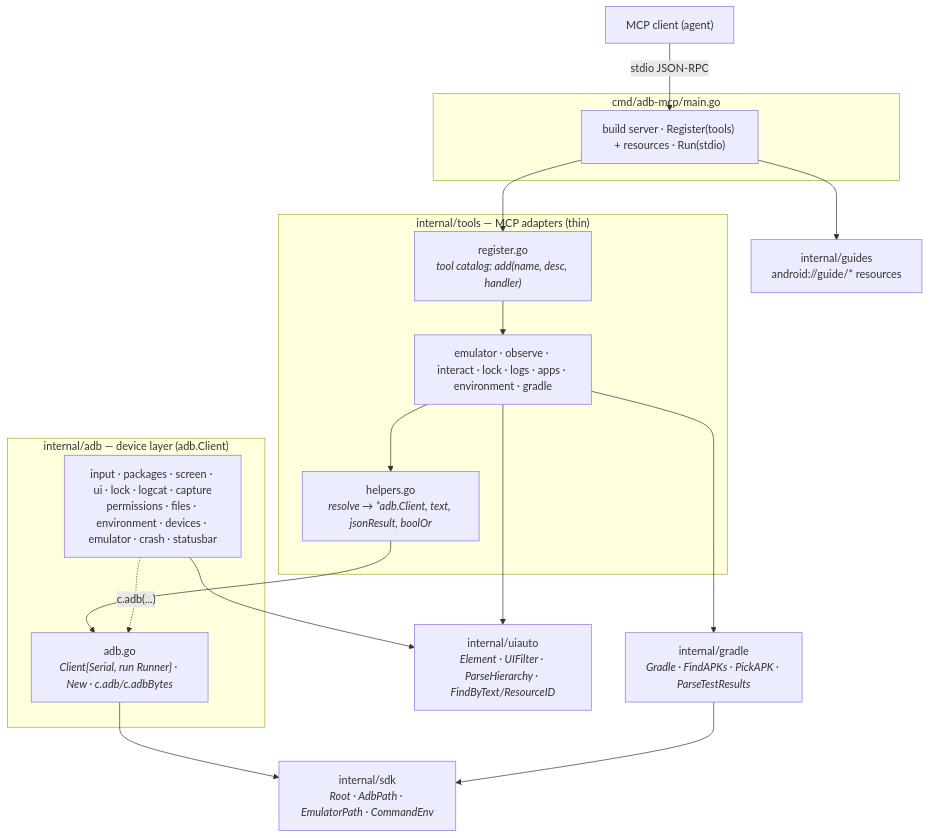
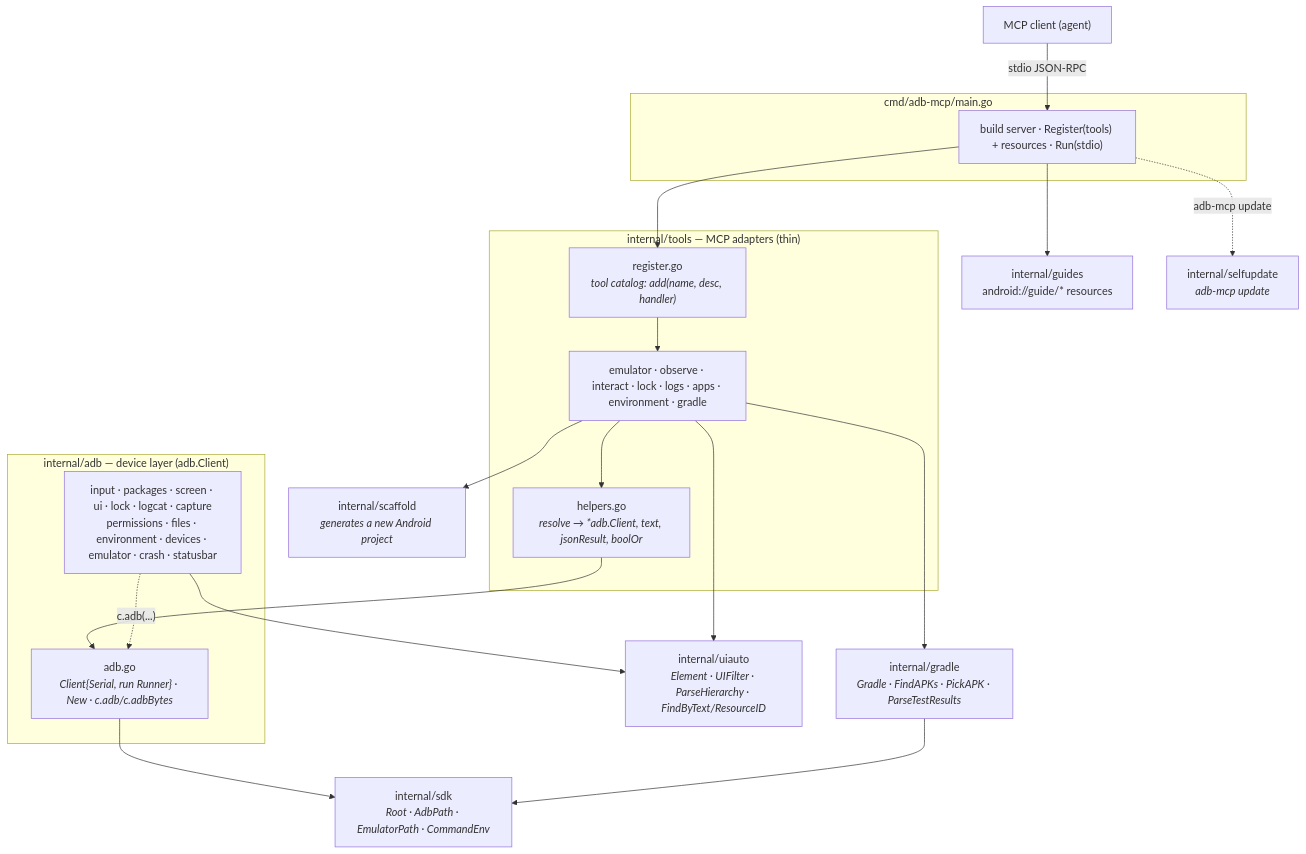
Before and after one commit to iksnerd/adb-mcp: the diagram in ARCHITECTURE.md, drawn with Mermaid. The commit also changed other lines of this file and 3 other files, not shown here.

First line of the commit message:
docs: fix stale internal/android references, add missing scaffold/selfupdate packages

````diff
--- a/ARCHITECTURE.md
+++ b/ARCHITECTURE.md
@@ -26,39 +29,43 @@
 ```mermaid
 flowchart TB
     client["MCP client (agent)"]
 
     subgraph entry["cmd/adb-mcp/main.go"]
         server["build server · Register(tools) + resources · Run(stdio)"]
     end
 
     subgraph tools["internal/tools — MCP adapters (thin)"]
         register["register.go<br/><i>tool catalog: add(name, desc, handler)</i>"]
         t_files["emulator · observe · interact · lock · logs · apps · environment · gradle"]
         t_helpers["helpers.go<br/><i>resolve → *adb.Client, text, jsonResult, boolOr</i>"]
     end
 
     subgraph adb["internal/adb — device layer (adb.Client)"]
         client_t["adb.go<br/><i>Client{Serial, run Runner} · New · c.adb/c.adbBytes</i>"]
         a_cmds["input · packages · screen · ui · lock · logcat · capture<br/>permissions · files · environment · devices · emulator · crash · statusbar"]
     end
 
     gradle["internal/gradle<br/><i>Gradle · FindAPKs · PickAPK · ParseTestResults</i>"]
     uiauto["internal/uiauto<br/><i>Element · UIFilter · ParseHierarchy · FindByText/ResourceID</i>"]
     sdk["internal/sdk<br/><i>Root · AdbPath · EmulatorPath · CommandEnv</i>"]
     guides["internal/guides<br/>android://guide/* resources"]
+    scaffold["internal/scaffold<br/><i>generates a new Android project</i>"]
+    selfupdate["internal/selfupdate<br/><i>adb-mcp update</i>"]
 
     client -->|stdio JSON-RPC| server
     server --> register
     server --> guides
+    server -. "adb-mcp update" .-> selfupdate
     register --> t_files
     t_files --> t_helpers
 
     t_helpers --> client_t
     t_files --> gradle
     t_files --> uiauto
+    t_files --> scaffold
 
     a_cmds -. "c.adb(...)" .-> client_t
     a_cmds --> uiauto
     client_t --> sdk
     gradle --> sdk
 ```
````
